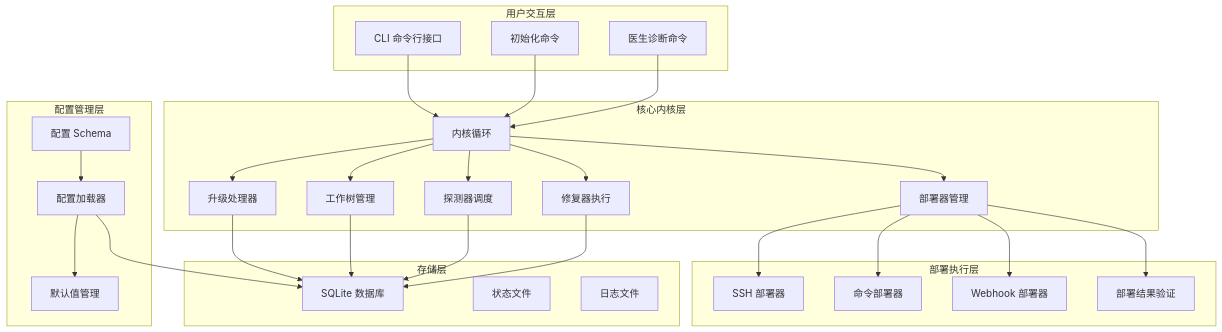
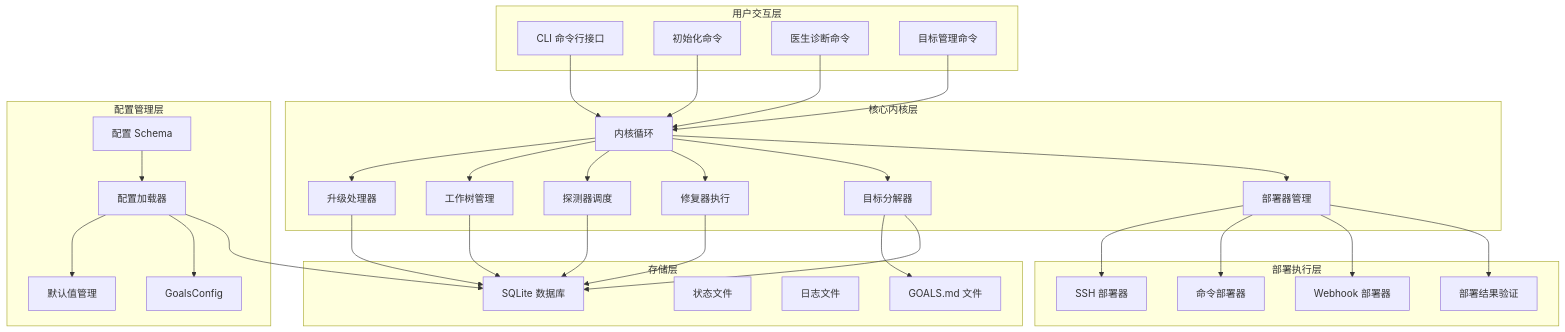
One commit to pinsonchen/vivify changed the second of 12 diagrams in .qoder/repowiki/zh/content/技术实现参考/代码替换策略/核心内核循环和文档更新.md. Above: the diagram before and after it, drawn with Mermaid. The commit also changed other lines of this file and 6 other files, not shown here.

````diff
--- a/.qoder/repowiki/zh/content/技术实现参考/代码替换策略/核心内核循环和文档更新.md
+++ b/.qoder/repowiki/zh/content/技术实现参考/代码替换策略/核心内核循环和文档更新.md
@@ -115,51 +131,60 @@
 ```mermaid
 graph TB
 subgraph "用户交互层"
 A[CLI 命令行接口]
 B[初始化命令]
 C[医生诊断命令]
+D[目标管理命令]
 end
 subgraph "核心内核层"
-D[内核循环]
-E[升级处理器]
-F[工作树管理]
-G[探测器调度]
-H[修复器执行]
-I[部署器管理]
+E[内核循环]
+F[升级处理器]
+G[工作树管理]
+H[探测器调度]
+I[修复器执行]
+J[目标分解器]
+K[部署器管理]
 end
 subgraph "配置管理层"
-J[配置 Schema]
-K[配置加载器]
-L[默认值管理]
+L[配置 Schema]
+M[配置加载器]
+N[默认值管理]
+O[GoalsConfig]
 end
 subgraph "存储层"
-M[SQLite 数据库]
-N[状态文件]
-O[日志文件]
+P[SQLite 数据库]
+Q[状态文件]
+R[日志文件]
+S[GOALS.md 文件]
 end
 subgraph "部署执行层"
-P[SSH 部署器]
-Q[命令部署器]
-R[Webhook 部署器]
-S[部署结果验证]
+T[SSH 部署器]
+U[命令部署器]
+V[Webhook 部署器]
+W[部署结果验证]
 end
-A --> D
-B --> D
-C --> D
+A --> E
+B --> E
+C --> E
 D --> E
-D --> F
-D --> G
-D --> H
-D --> I
-E --> M
-F --> M
-G --> M
-H --> M
+E --> F
+E --> G
+E --> H
+E --> I
+E --> J
+E --> K
+F --> P
+G --> P
+H --> P
 I --> P
-I --> Q
-I --> R
-I --> S
-J --> K
-K --> L
-K --> M
+J --> S
+J --> P
+K --> T
+K --> U
+K --> V
+K --> W
+L --> M
+M --> N
+M --> O
+M --> P
 ```
````
